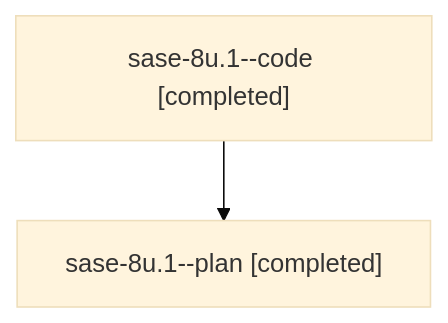
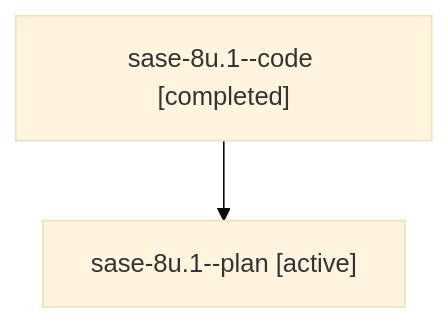
The diagram in families/bbugyi200.athena.sase-8u.1.md (sase-org/sase--agents), drawn with Mermaid (base theme) before and after one commit. The commit also changed other lines of this file and 8679 other files, not shown here.

````diff
--- a/families/bbugyi200.athena.sase-8u.1.md
+++ b/families/bbugyi200.athena.sase-8u.1.md
@@ -9,6 +9,6 @@
 ```mermaid
 flowchart TD
   n0["sase-8u.1--code [completed]"]
-  n1["sase-8u.1--plan [completed]"]
+  n1["sase-8u.1--plan [active]"]
   n0 --> n1
 ```
````
